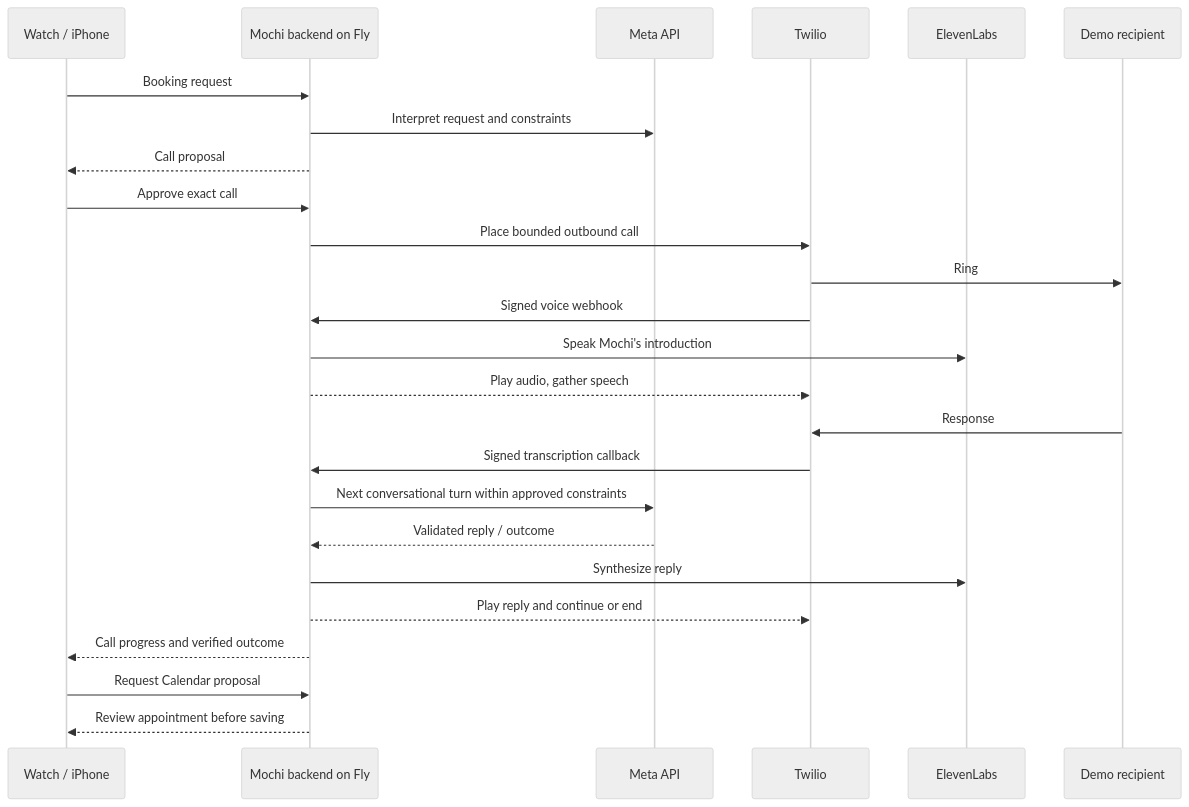
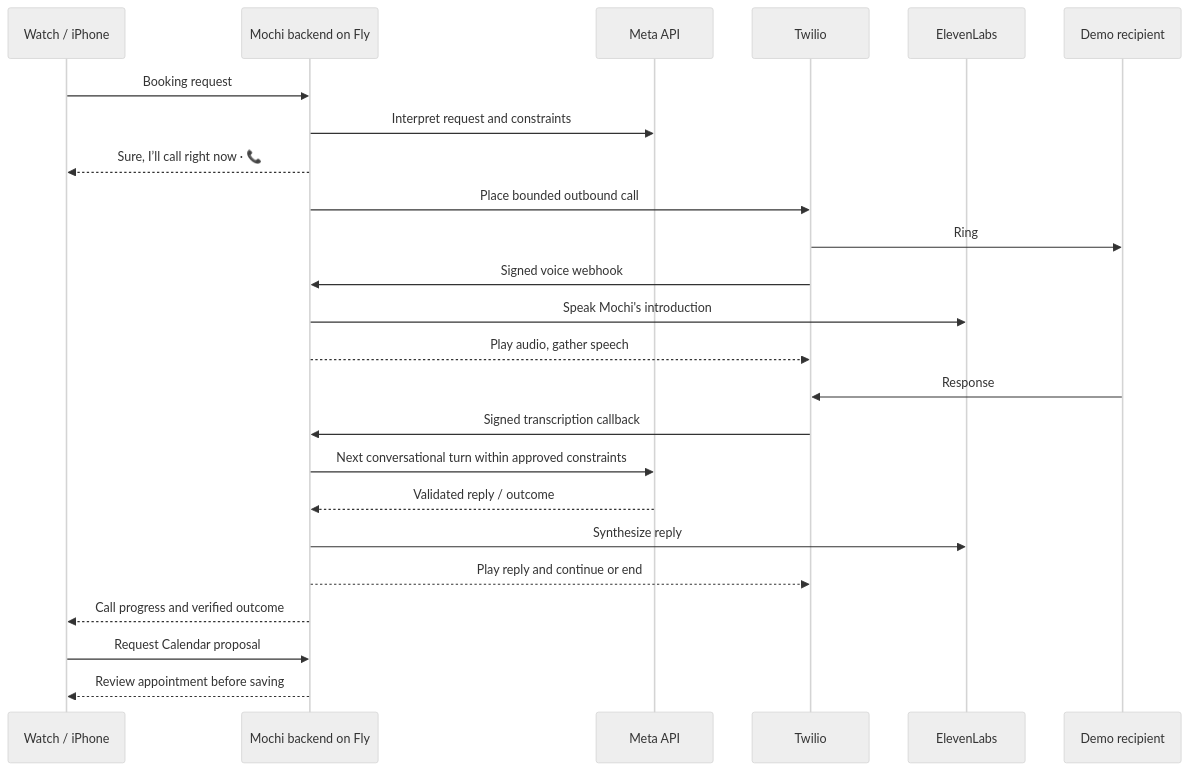
The diagram in docs/booking-calls.md (vbshuliar/mochi-for-watch), drawn with Mermaid (neutral theme) before and after one commit. The commit also changed other lines of this file and 11 other files, not shown here.

````diff
--- a/docs/booking-calls.md
+++ b/docs/booking-calls.md
@@ -20,27 +22,26 @@
 ```mermaid
 sequenceDiagram
     participant User as Watch / iPhone
     participant API as Mochi backend on Fly
     participant Meta as Meta API
     participant Phone as Twilio
     participant Voice as ElevenLabs
     participant Business as Demo recipient
     User->>API: Booking request
     API->>Meta: Interpret request and constraints
-    API-->>User: Call proposal
-    User->>API: Approve exact call
+    API-->>User: Sure, I’ll call right now · 📞
     API->>Phone: Place bounded outbound call
     Phone->>Business: Ring
     Phone->>API: Signed voice webhook
     API->>Voice: Speak Mochi's introduction
     API-->>Phone: Play audio, gather speech
     Business->>Phone: Response
     Phone->>API: Signed transcription callback
     API->>Meta: Next conversational turn within approved constraints
     Meta-->>API: Validated reply / outcome
     API->>Voice: Synthesize reply
     API-->>Phone: Play reply and continue or end
     API-->>User: Call progress and verified outcome
     User->>API: Request Calendar proposal
     API-->>User: Review appointment before saving
 ```
````
